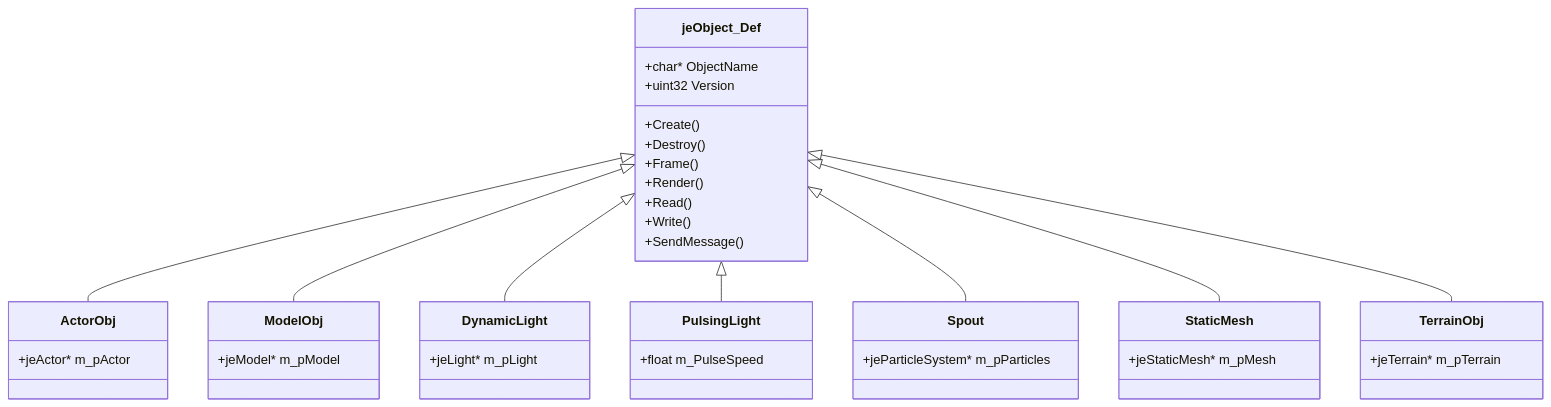
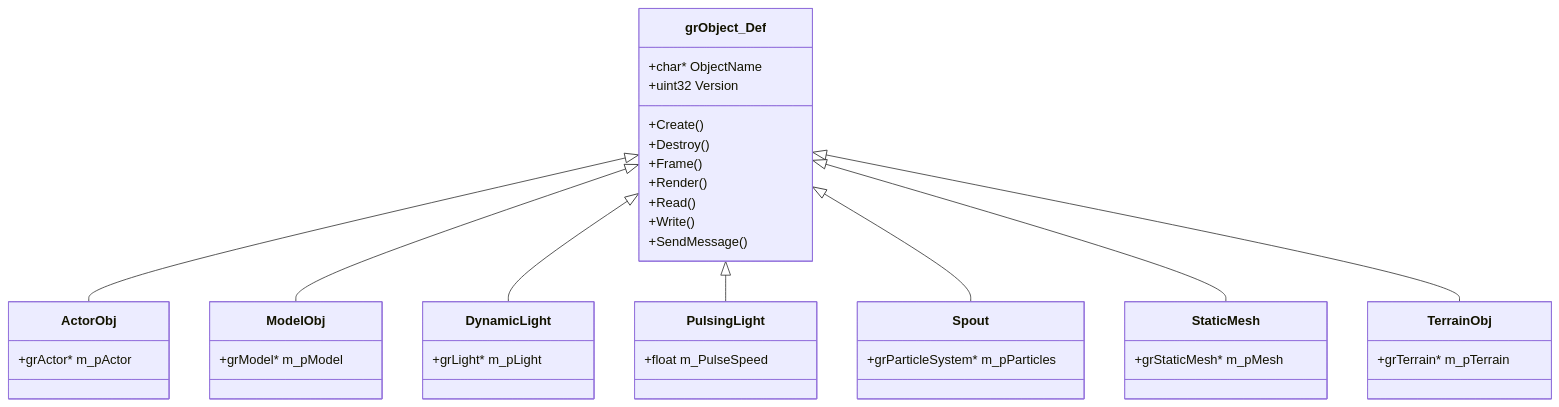
The third of 4 diagrams in docs/CODEBASE_INDEX.md (toxicclowd/Genesis3D-Reborn-Source), drawn with Mermaid before and after one commit. The commit also changed other lines of this file and 230 other files, not shown here.

````diff
--- a/docs/CODEBASE_INDEX.md
+++ b/docs/CODEBASE_INDEX.md
@@ -312,30 +311,30 @@
 ```mermaid
 classDiagram
-    class jeObject_Def {
+    class grObject_Def {
         +char* ObjectName
         +uint32 Version
         +Create()
         +Destroy()
         +Frame()
         +Render()
         +Read()
         +Write()
         +SendMessage()
     }
     
-    class ActorObj { +jeActor* m_pActor }
-    class ModelObj { +jeModel* m_pModel }
-    class DynamicLight { +jeLight* m_pLight }
+    class ActorObj { +grActor* m_pActor }
+    class ModelObj { +grModel* m_pModel }
+    class DynamicLight { +grLight* m_pLight }
     class PulsingLight { +float m_PulseSpeed }
-    class Spout { +jeParticleSystem* m_pParticles }
-    class StaticMesh { +jeStaticMesh* m_pMesh }
-    class TerrainObj { +jeTerrain* m_pTerrain }
+    class Spout { +grParticleSystem* m_pParticles }
+    class StaticMesh { +grStaticMesh* m_pMesh }
+    class TerrainObj { +grTerrain* m_pTerrain }
 
-    jeObject_Def <|-- ActorObj
-    jeObject_Def <|-- ModelObj
-    jeObject_Def <|-- DynamicLight
-    jeObject_Def <|-- PulsingLight
-    jeObject_Def <|-- Spout
-    jeObject_Def <|-- StaticMesh
-    jeObject_Def <|-- TerrainObj
+    grObject_Def <|-- ActorObj
+    grObject_Def <|-- ModelObj
+    grObject_Def <|-- DynamicLight
+    grObject_Def <|-- PulsingLight
+    grObject_Def <|-- Spout
+    grObject_Def <|-- StaticMesh
+    grObject_Def <|-- TerrainObj
 ```
````
